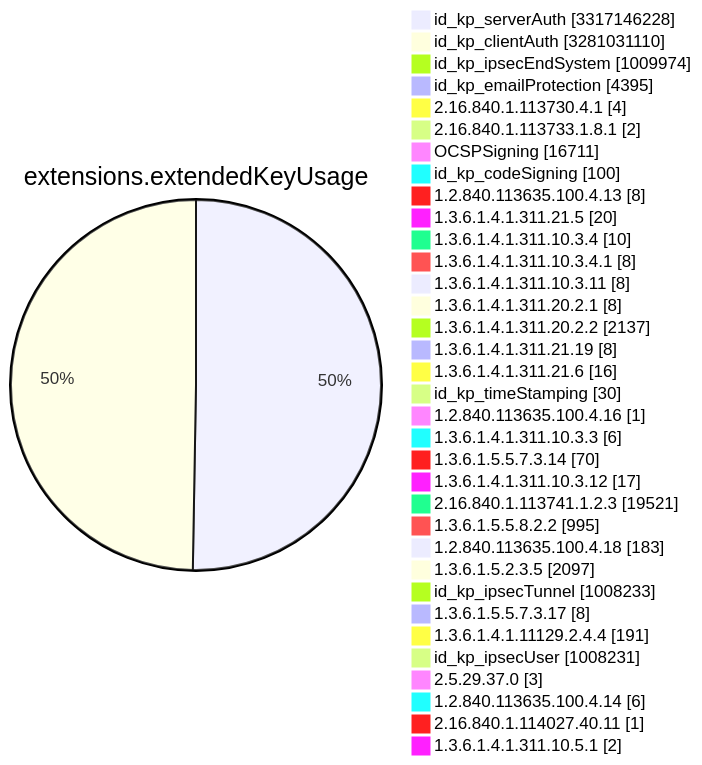
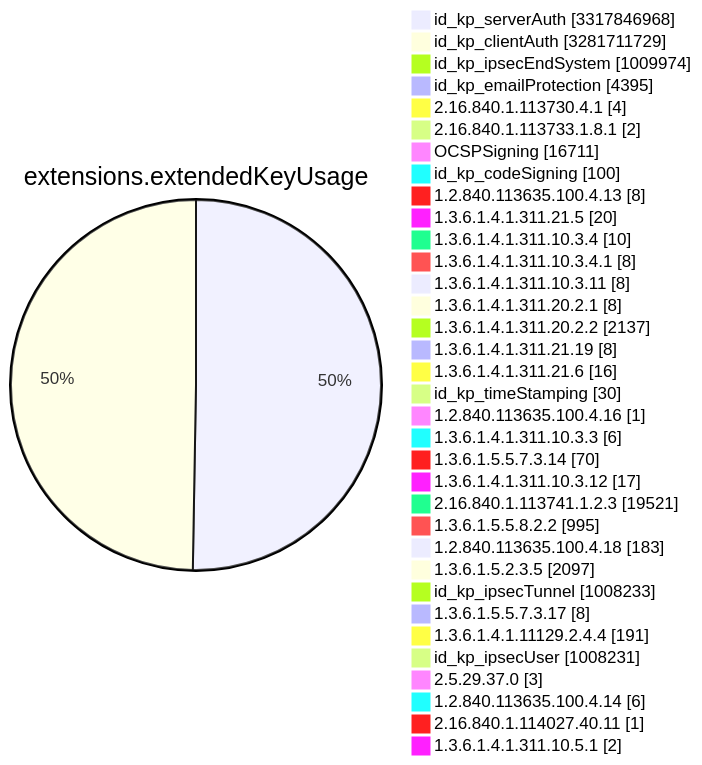
Before and after one commit to christiankrug/ctmonitor_visualization: diagram 11 of 15 in TOTAL/README.md, drawn with Mermaid. The commit also changed other lines of this file, not shown here.

````diff
--- a/TOTAL/README.md
+++ b/TOTAL/README.md
@@ -4120,38 +4120,38 @@
 ```mermaid
 pie showData
 title extensions.extendedKeyUsage
-"id_kp_serverAuth" :3317146228
-"id_kp_clientAuth" :3281031110
+"id_kp_serverAuth" :3317846968
+"id_kp_clientAuth" :3281711729
 "id_kp_ipsecEndSystem" :1009974
 "id_kp_emailProtection" :4395
 "2.16.840.1.113730.4.1" :4
 "2.16.840.1.113733.1.8.1" :2
 "OCSPSigning" :16711
 "id_kp_codeSigning" :100
 "1.2.840.113635.100.4.13" :8
 "1.3.6.1.4.1.311.21.5" :20
 "1.3.6.1.4.1.311.10.3.4" :10
 "1.3.6.1.4.1.311.10.3.4.1" :8
 "1.3.6.1.4.1.311.10.3.11" :8
 "1.3.6.1.4.1.311.20.2.1" :8
 "1.3.6.1.4.1.311.20.2.2" :2137
 "1.3.6.1.4.1.311.21.19" :8
 "1.3.6.1.4.1.311.21.6" :16
 "id_kp_timeStamping" :30
 "1.2.840.113635.100.4.16" :1
 "1.3.6.1.4.1.311.10.3.3" :6
 "1.3.6.1.5.5.7.3.14" :70
 "1.3.6.1.4.1.311.10.3.12" :17
 "2.16.840.1.113741.1.2.3" :19521
 "1.3.6.1.5.5.8.2.2" :995
 "1.2.840.113635.100.4.18" :183
 "1.3.6.1.5.2.3.5" :2097
 "id_kp_ipsecTunnel" :1008233
 "1.3.6.1.5.5.7.3.17" :8
 "1.3.6.1.4.1.11129.2.4.4" :191
 "id_kp_ipsecUser" :1008231
 "2.5.29.37.0" :3
 "1.2.840.113635.100.4.14" :6
 "2.16.840.1.114027.40.11" :1
 "1.3.6.1.4.1.311.10.5.1" :2
 ```
````
